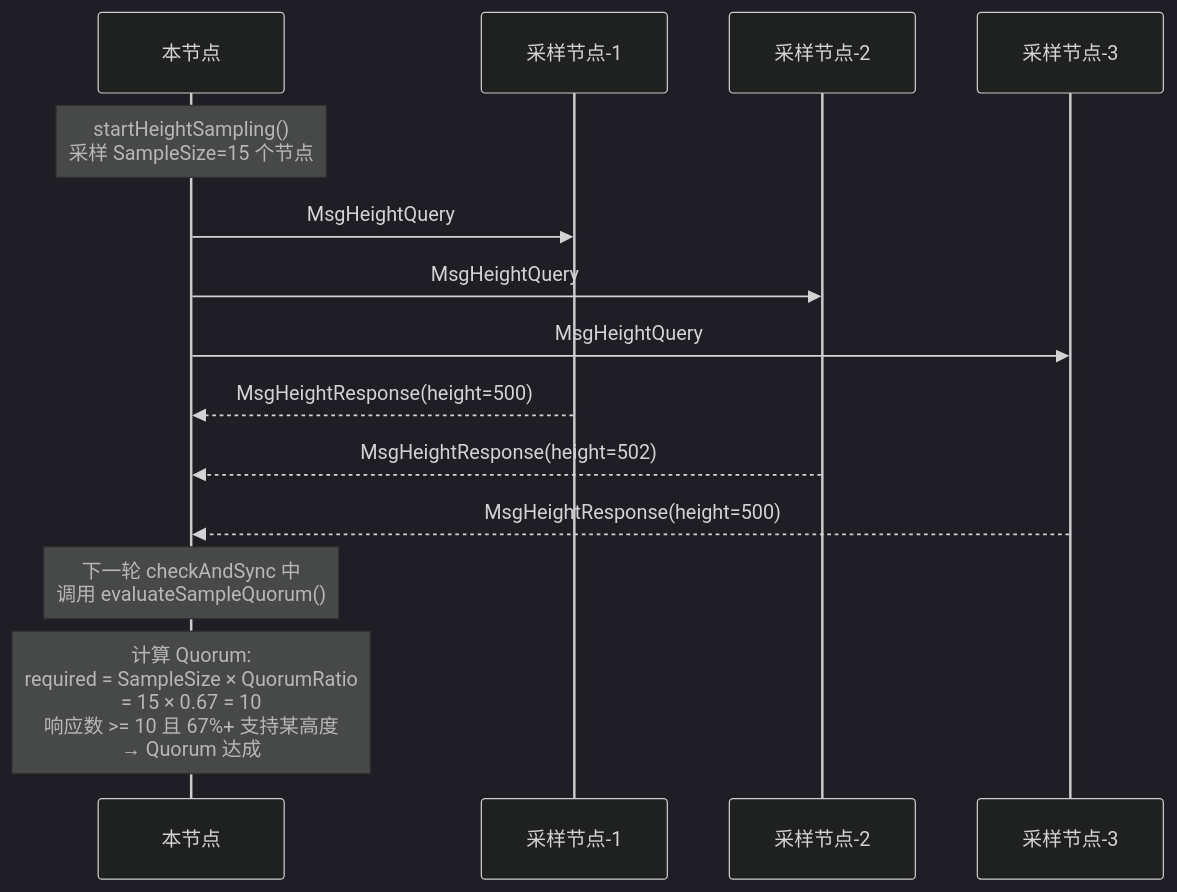
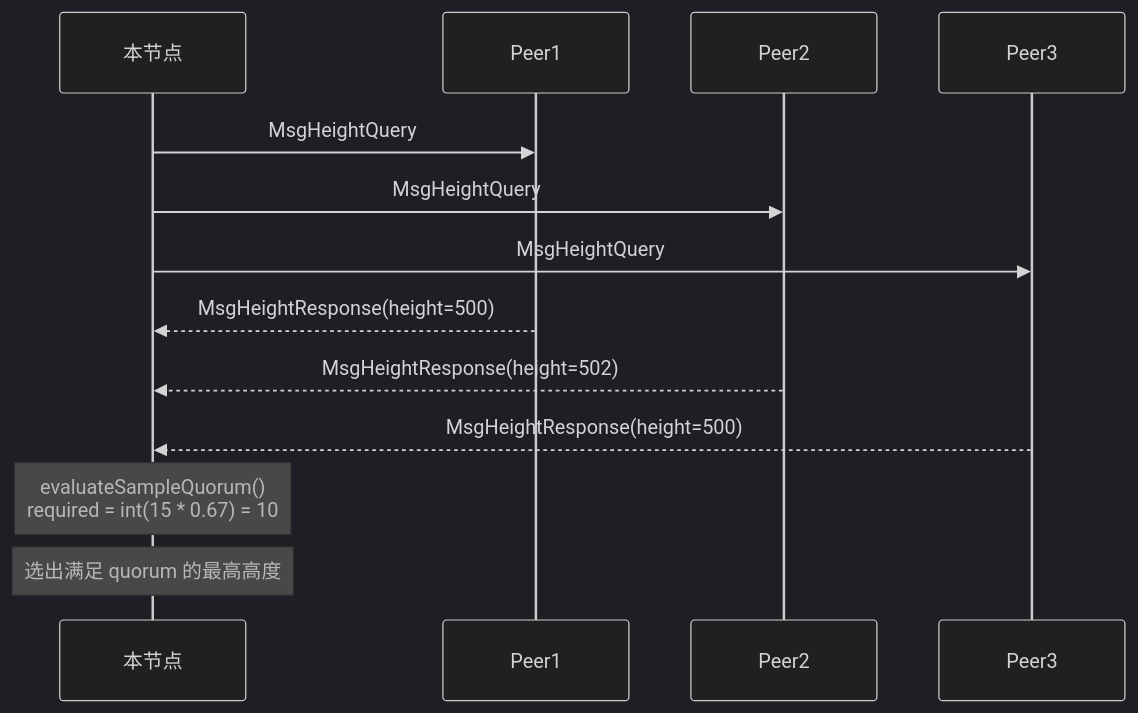
One commit to davidLeeeeeeeeeeee/dex changed the fourth of 6 diagrams in consensus/sync_flow.md. Above: the diagram before and after it, drawn with Mermaid (dark theme). The commit also changed other lines of this file and 36 other files, not shown here.

````diff
--- a/consensus/sync_flow.md
+++ b/consensus/sync_flow.md
@@ -203,21 +179,18 @@
 ```mermaid
 sequenceDiagram
-    participant A as 本节点
-    participant S1 as 采样节点-1
-    participant S2 as 采样节点-2
-    participant S3 as 采样节点-3
+    participant N as 本节点
+    participant P1 as Peer1
+    participant P2 as Peer2
+    participant P3 as Peer3
 
-    Note over A: startHeightSampling()<br>采样 SampleSize=15 个节点
+    N->>P1: MsgHeightQuery
+    N->>P2: MsgHeightQuery
+    N->>P3: MsgHeightQuery
 
-    A->>S1: MsgHeightQuery
-    A->>S2: MsgHeightQuery
-    A->>S3: MsgHeightQuery
+    P1-->>N: MsgHeightResponse(height=500)
+    P2-->>N: MsgHeightResponse(height=502)
+    P3-->>N: MsgHeightResponse(height=500)
 
-    S1-->>A: MsgHeightResponse(height=500)
-    S2-->>A: MsgHeightResponse(height=502)
-    S3-->>A: MsgHeightResponse(height=500)
-
-    Note over A: 下一轮 checkAndSync 中<br>调用 evaluateSampleQuorum()
-
-    Note over A: 计算 Quorum:<br>required = SampleSize × QuorumRatio<br>= 15 × 0.67 = 10<br>响应数 >= 10 且 67%+ 支持某高度<br>→ Quorum 达成
+    Note over N: evaluateSampleQuorum()<br/>required = int(15 * 0.67) = 10
+    Note over N: 选出满足 quorum 的最高高度
 ```
````
